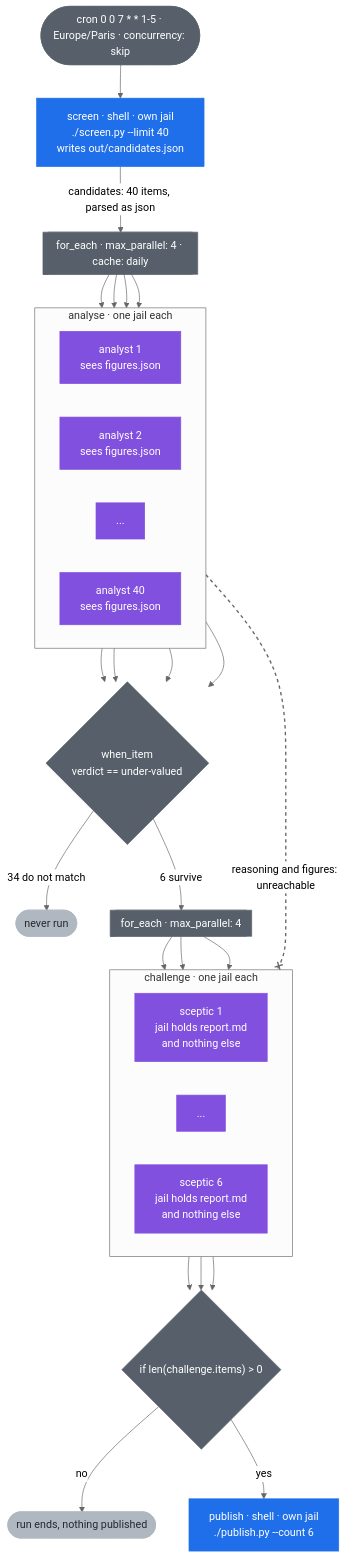
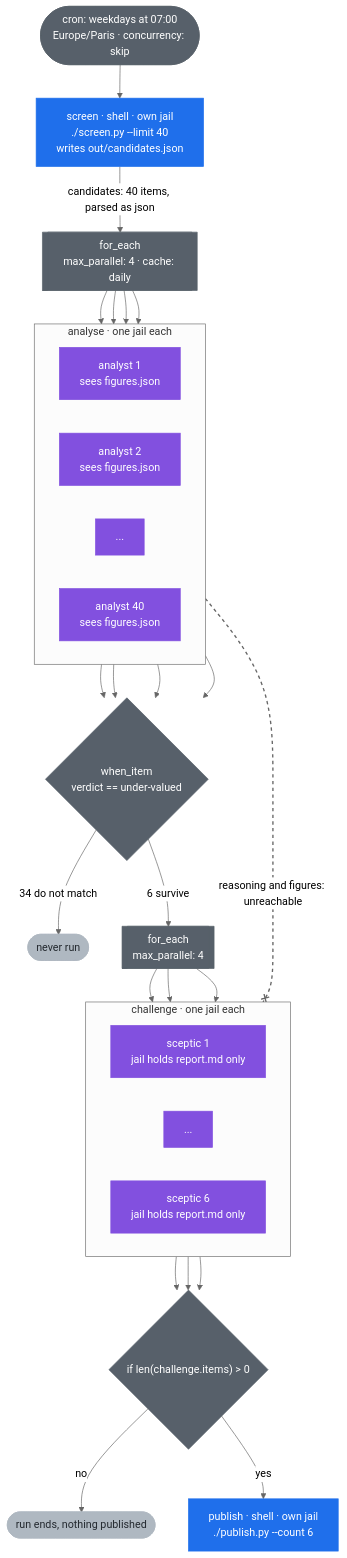
Before and after one commit to hacKarim/cadence: the diagram in README.md, drawn with Mermaid (neutral theme).

Commit message:
docs: fix diagram label wrapping
GitHub renders the README in a narrower column than a full page, so the
cron and for_each labels broke mid-token. Pins the line breaks instead of
letting the renderer choose them.

````diff
--- a/README.md
+++ b/README.md
@@ -102,69 +102,69 @@
 ```mermaid
 flowchart TB
-    cron(["cron 0 0 7 * * 1-5 · Europe/Paris · concurrency: skip"]) --> screen
+    cron(["cron: weekdays at 07:00<br/>Europe/Paris · concurrency: skip"]) --> screen
 
     screen["screen · shell · own jail<br/>./screen.py --limit 40<br/>writes out/candidates.json"]
 
     screen -- "candidates: 40 items, parsed as json" --> fan
 
-    fan[["for_each · max_parallel: 4 · cache: daily"]]
+    fan[["for_each<br/>max_parallel: 4 · cache: daily"]]
 
     subgraph s2 ["analyse · one jail each"]
         direction LR
         a1["analyst 1<br/>sees figures.json"]
         a2["analyst 2<br/>sees figures.json"]
         ax["..."]
         a40["analyst 40<br/>sees figures.json"]
     end
 
     fan --> a1
     fan --> a2
     fan --> ax
     fan --> a40
 
     a1 --> gate
     a2 --> gate
     ax --> gate
     a40 --> gate
 
     gate{"when_item<br/>verdict == under-valued"}
 
     gate -- "34 do not match" --> dropped(["never run"])
     gate -- "6 survive" --> fan2
 
-    fan2[["for_each · max_parallel: 4"]]
+    fan2[["for_each<br/>max_parallel: 4"]]
 
     subgraph s3 ["challenge · one jail each"]
         direction LR
-        c1["sceptic 1<br/>jail holds report.md<br/>and nothing else"]
+        c1["sceptic 1<br/>jail holds report.md only"]
         cx["..."]
-        c6["sceptic 6<br/>jail holds report.md<br/>and nothing else"]
+        c6["sceptic 6<br/>jail holds report.md only"]
     end
 
     fan2 --> c1
     fan2 --> cx
     fan2 --> c6
 
     c1 --> cond
     cx --> cond
     c6 --> cond
 
     cond{"if len(challenge.items) > 0"}
     cond -- "no" --> nothing(["run ends, nothing published"])
     cond -- "yes" --> publish
 
     publish["publish · shell · own jail<br/>./publish.py --count 6"]
 
     a1 -- "reasoning and figures: unreachable" --x c1
 
     linkStyle 20 stroke-width:2px,stroke-dasharray:5 5
 
     classDef shell fill:#1f6feb,stroke:#1f6feb,color:#ffffff
     classDef agent fill:#8250df,stroke:#8250df,color:#ffffff
     classDef ctrl fill:#57606a,stroke:#57606a,color:#ffffff
     classDef dead fill:#afb8c1,stroke:#afb8c1,color:#24292f
     class screen,publish shell
     class a1,a2,ax,a40,c1,cx,c6 agent
     class fan,fan2,gate,cond,cron ctrl
     class dropped,nothing dead
 ```
````
